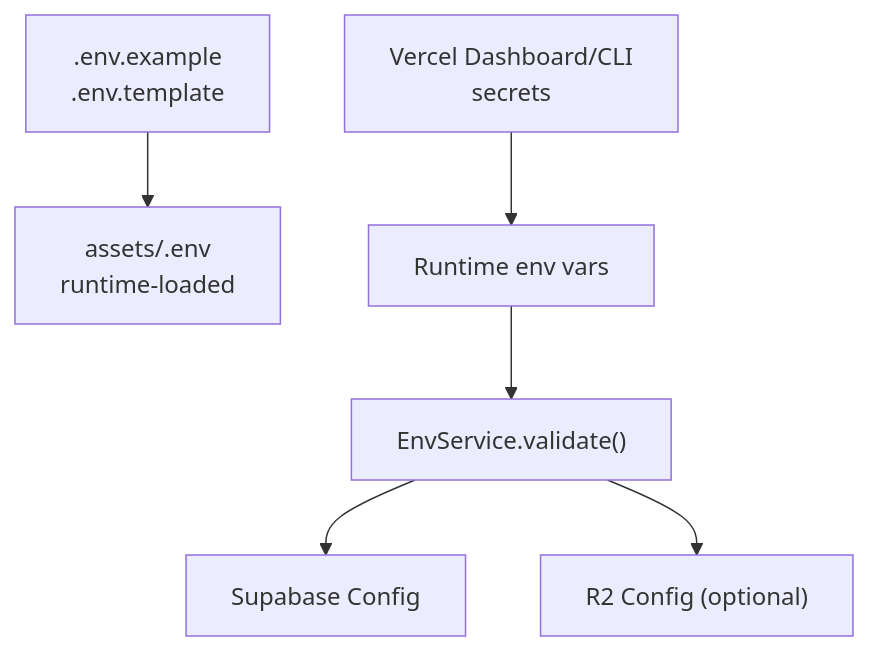
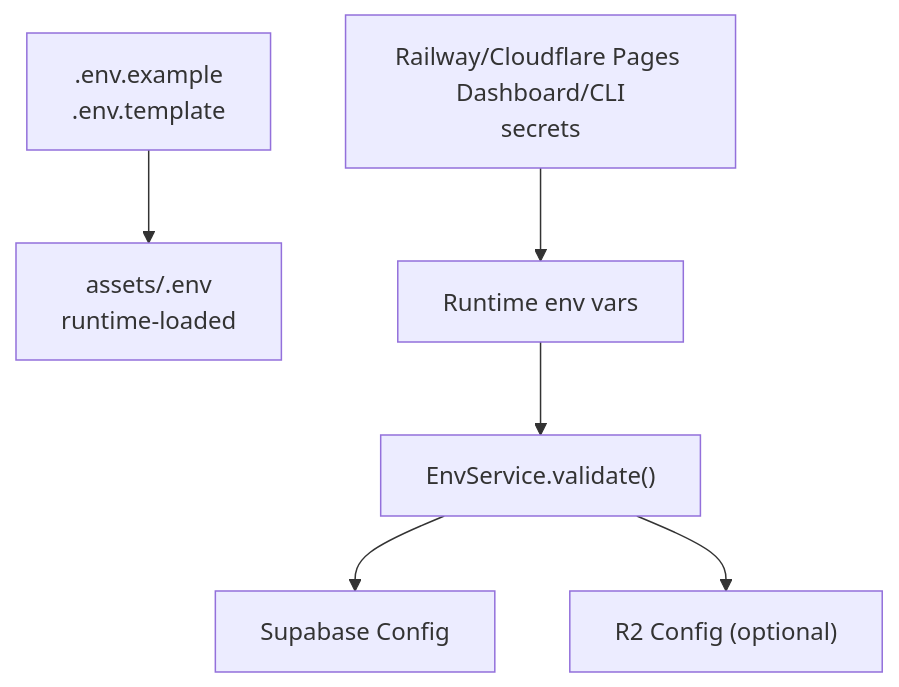
Before and after one commit to ARUNTHOMAS3/trans: the fifth of 7 diagrams in repowiki/en/content/Deployment & DevOps/Deployment Strategies.md, drawn with Mermaid. The commit also changed other lines of this file and 1490 other files, not shown here.

````diff
--- a/repowiki/en/content/Deployment & DevOps/Deployment Strategies.md
+++ b/repowiki/en/content/Deployment & DevOps/Deployment Strategies.md
@@ -205,8 +205,8 @@
 ```mermaid
 flowchart TD
 EnvExample[".env.example<br/>.env.template"] --> AssetsEnv["assets/.env<br/>runtime-loaded"]
-VercelEnv["Vercel Dashboard/CLI<br/>secrets"] --> RuntimeEnv["Runtime env vars"]
+RailwayEnv["Railway/Cloudflare Pages Dashboard/CLI<br/>secrets"] --> RuntimeEnv["Runtime env vars"]
 RuntimeEnv --> EnvService["EnvService.validate()"]
 EnvService --> Supabase["Supabase Config"]
 EnvService --> R2["R2 Config (optional)"]
 ```
````
